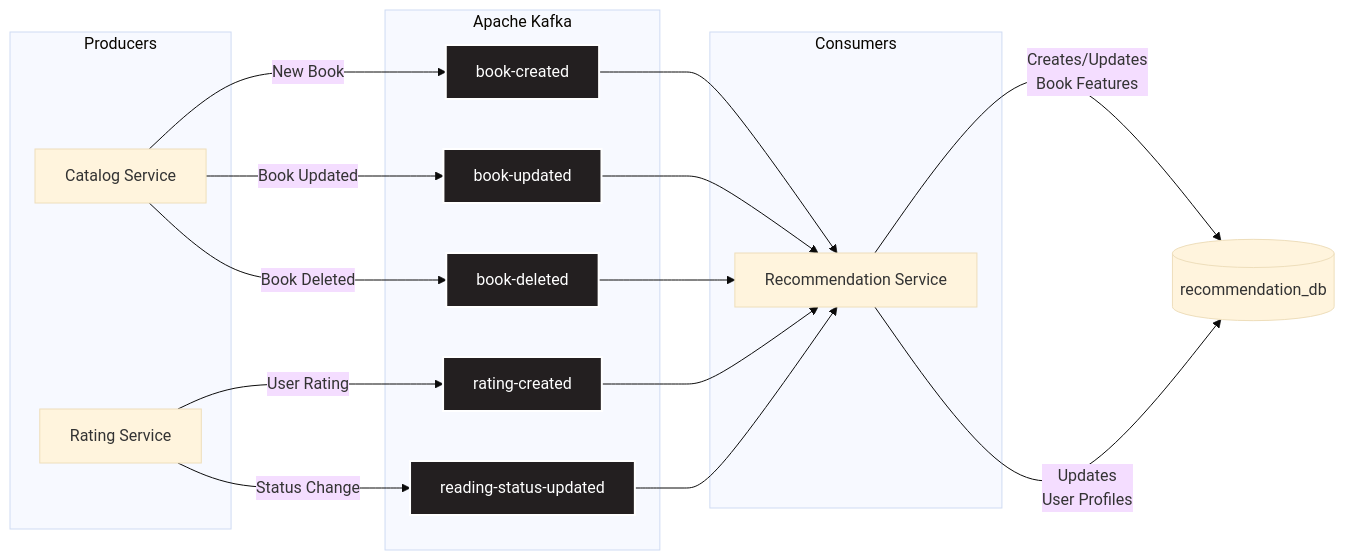
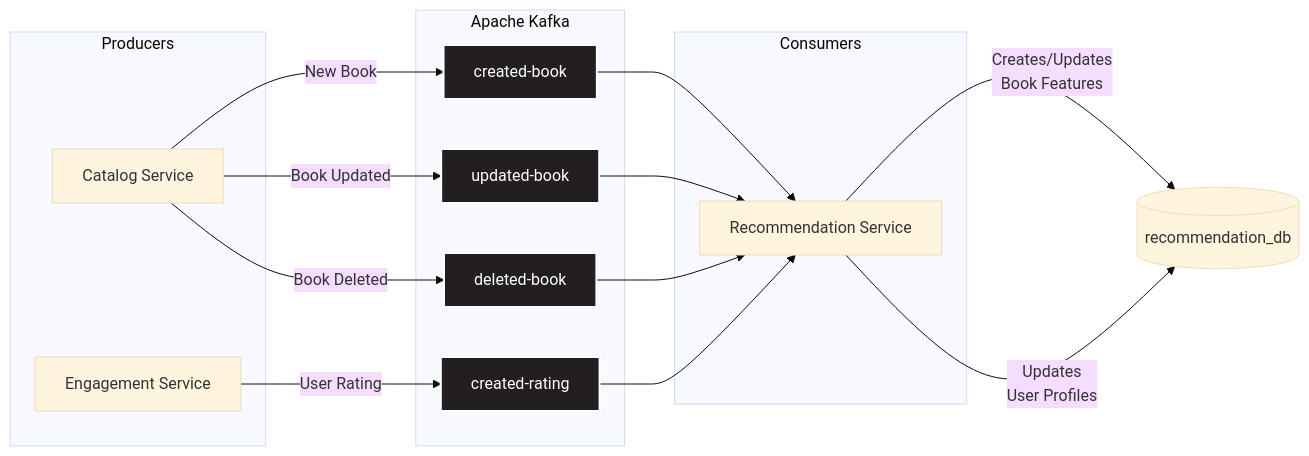
The fifth of 5 diagrams in README.md (Luca5Eckert/VellumHub), drawn with Mermaid (base theme) before and after one commit. The commit also changed other lines of this file, not shown here.

````diff
--- a/README.md
+++ b/README.md
@@ -362,40 +363,36 @@
 ```mermaid
 graph LR
     subgraph "Producers"
         CS[Catalog Service]
-        RS[Rating Service]
+        ES[Engagement Service]
     end
     
     subgraph "Apache Kafka"
-        T1[book-created]
-        T2[book-updated]
-        T3[book-deleted]
-        T4[rating-created]
-        T5[reading-status-updated]
+        T1[created-book]
+        T2[updated-book]
+        T3[deleted-book]
+        T4[created-rating]
     end
     
     subgraph "Consumers"
         REC[Recommendation Service]
     end
     
     CS -->|New Book| T1
     CS -->|Book Updated| T2
     CS -->|Book Deleted| T3
-    RS -->|User Rating| T4
-    RS -->|Status Change| T5
+    ES -->|User Rating| T4
     
     T1 --> REC
     T2 --> REC
     T3 --> REC
     T4 --> REC
-    T5 --> REC
     
     REC -->|Creates/Updates<br/>Book Features| DB[(recommendation_db)]
     REC -->|Updates<br/>User Profiles| DB
     
     style T1 fill:#231F20,stroke:#fff,stroke-width:2px,color:#fff
     style T2 fill:#231F20,stroke:#fff,stroke-width:2px,color:#fff
     style T3 fill:#231F20,stroke:#fff,stroke-width:2px,color:#fff
     style T4 fill:#231F20,stroke:#fff,stroke-width:2px,color:#fff
-    style T5 fill:#231F20,stroke:#fff,stroke-width:2px,color:#fff
 ```
````
